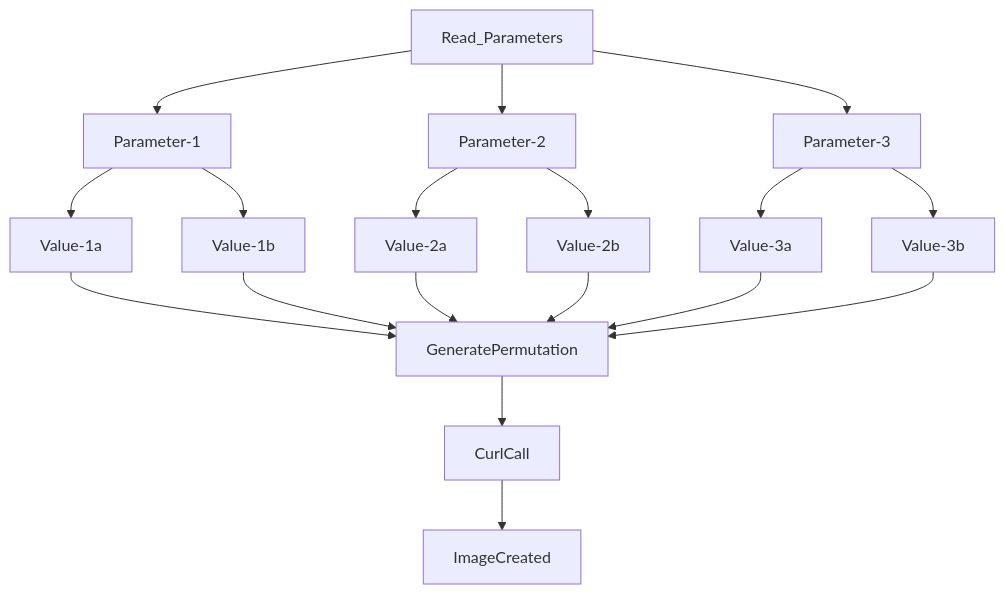
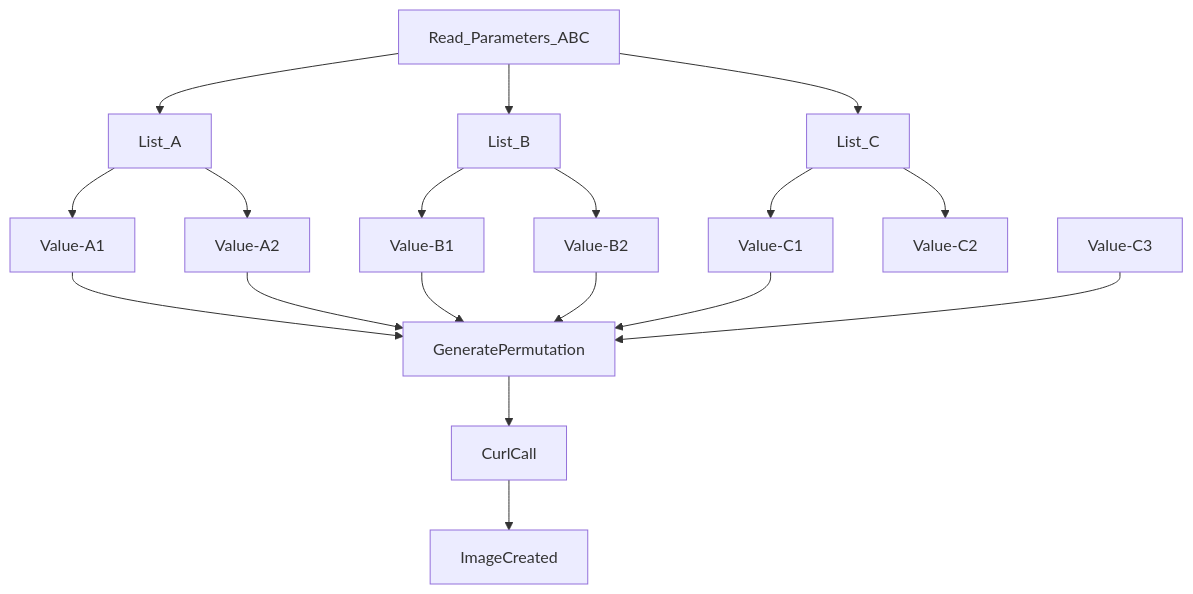
Before and after one commit to daedon/Fooocus-API-XYZ: the diagram in README.md, drawn with Mermaid.

````diff
--- a/README.md
+++ b/README.md
@@ -144,21 +144,21 @@
 ```mermaid
 graph TD;
-    Read_Parameters-->Parameter-1;
-    Read_Parameters-->Parameter-2;
-    Read_Parameters-->Parameter-3;
-    Parameter-1-->Value-1a;
-    Parameter-1-->Value-1b;
-    Parameter-2-->Value-2a;
-    Parameter-2-->Value-2b;
-    Parameter-3-->Value-3a;
-    Parameter-3-->Value-3b;
+    Read_Parameters_ABC-->List_A;
+    Read_Parameters_ABC-->List_B;
+    Read_Parameters_ABC-->List_C;
+    List_A-->Value-A1;
+    List_A-->Value-A2;
+    List_B-->Value-B1;
+    List_B-->Value-B2;
+    List_C-->Value-C1;
+    List_C-->Value-C2;
 
-    Value-1a-->GeneratePermutation;
-    Value-1b-->GeneratePermutation;
-    Value-2a-->GeneratePermutation;
-    Value-2b-->GeneratePermutation;
-    Value-3a-->GeneratePermutation;
-    Value-3b-->GeneratePermutation;
+    Value-A1-->GeneratePermutation;
+    Value-A2-->GeneratePermutation;
+    Value-B1-->GeneratePermutation;
+    Value-B2-->GeneratePermutation;
+    Value-C1-->GeneratePermutation;
+    Value-C3-->GeneratePermutation;
     GeneratePermutation-->CurlCall;
     CurlCall-->ImageCreated;
 ```
````
